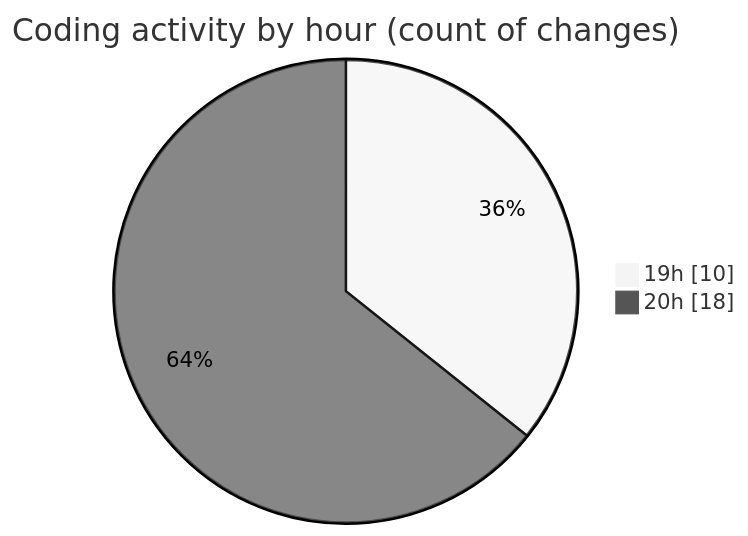
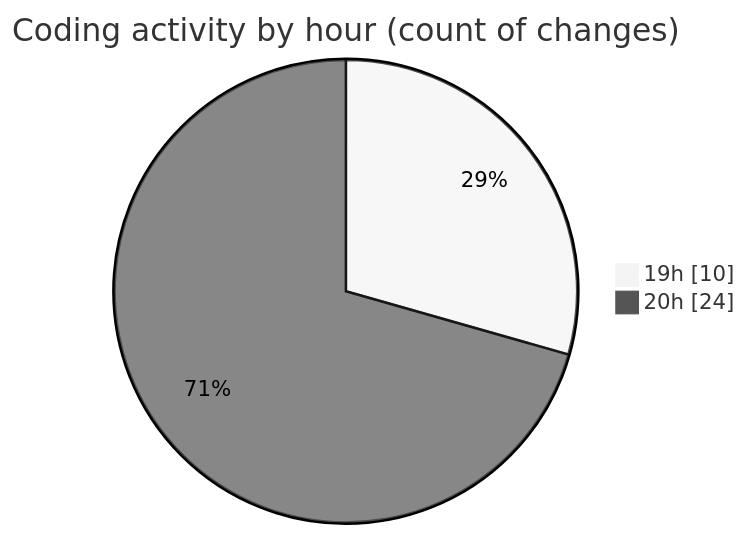
The second of 2 diagrams in 2025-01-28/trollerboard/README.md (charlie-sans/code-tracking), drawn with Mermaid (neutral theme) before and after one commit. The commit also changed other lines of this file and 1 other file, not shown here.

````diff
--- a/2025-01-28/trollerboard/README.md
+++ b/2025-01-28/trollerboard/README.md
@@ -37,6 +37,6 @@
 ```mermaid
 pie showData
 title Coding activity by hour (count of changes)
 "19h" : 10
-"20h" : 18
+"20h" : 24
 ```
````
